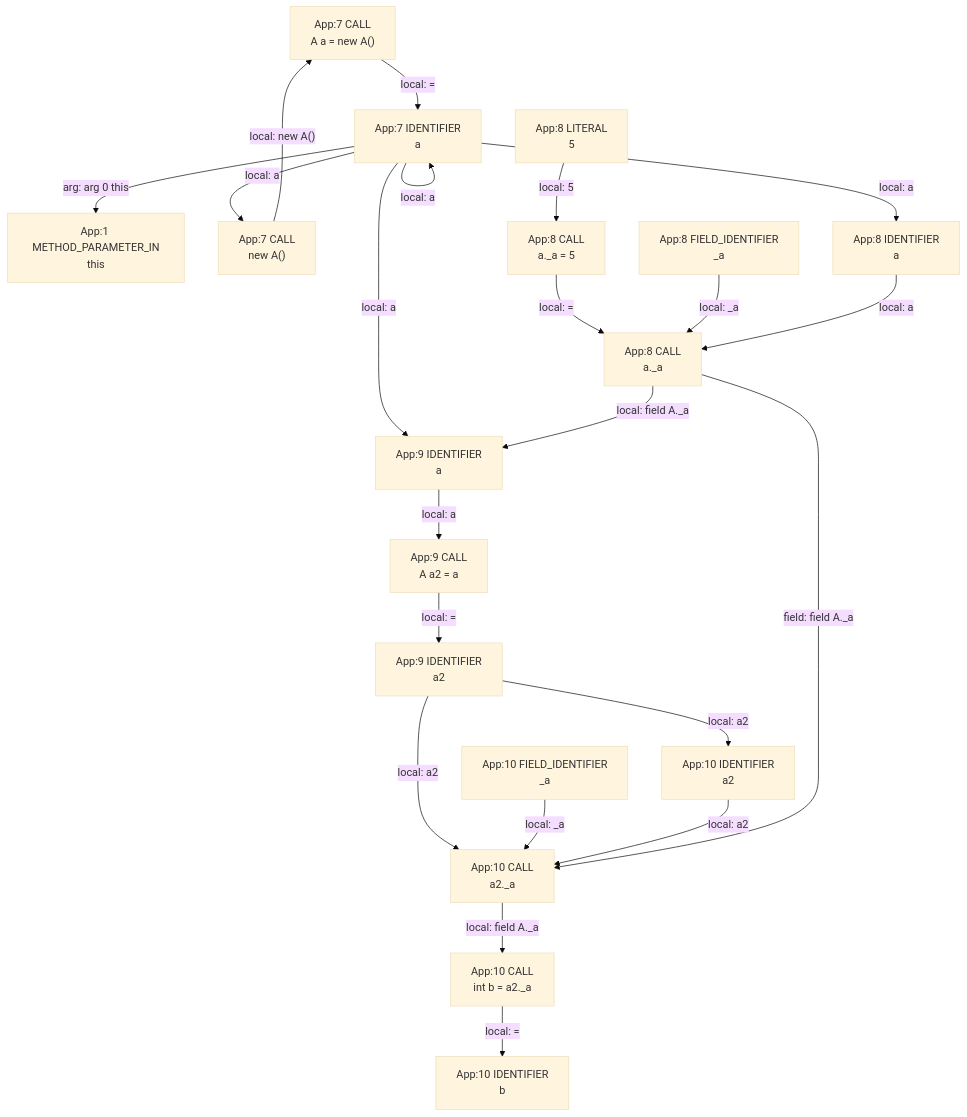
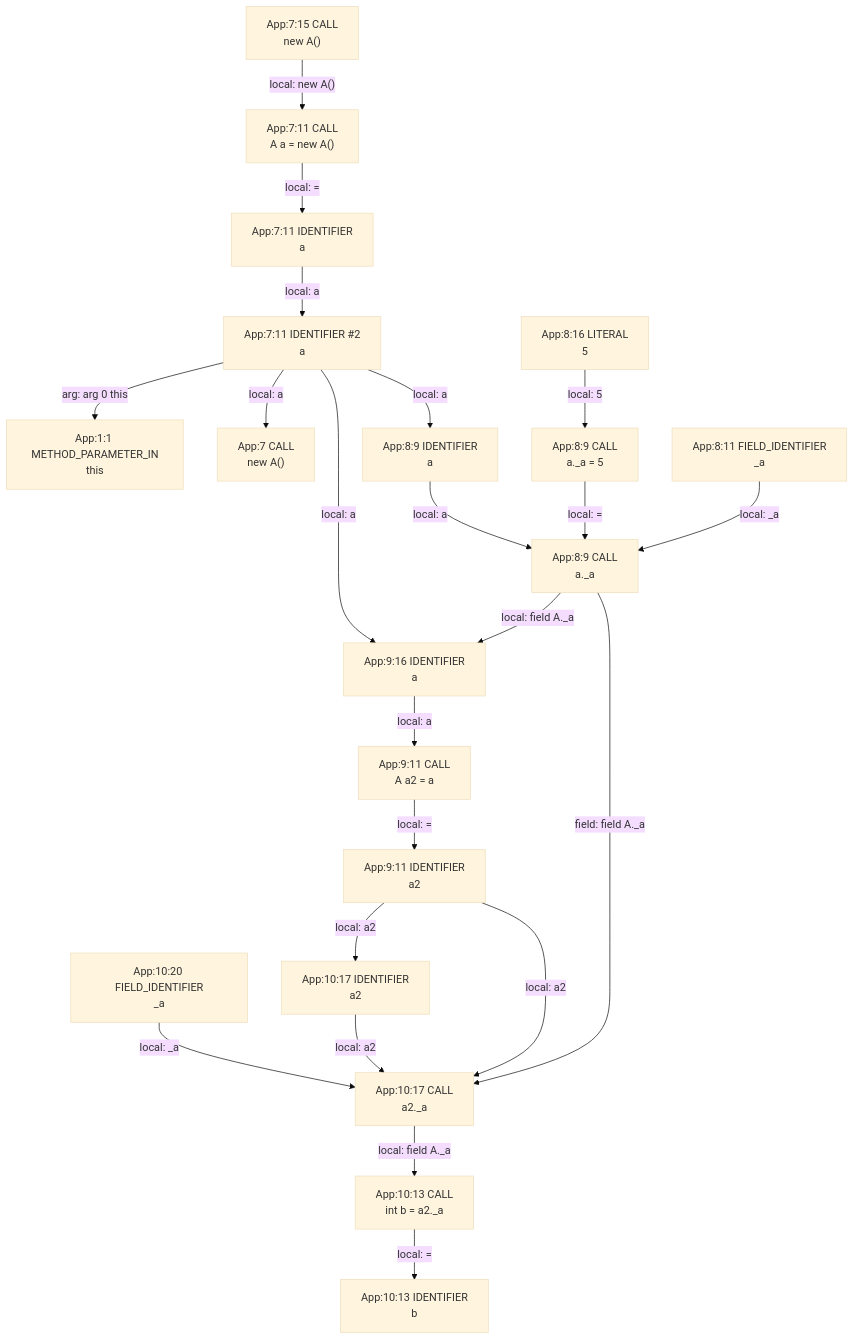
Before and after one commit to gstiebler/codeflow: the diagram in app/src/test/resources/ls/spike-truth.md, drawn with Mermaid (base theme). The commit also changed 154 other files, not shown here.

````diff
--- a/app/src/test/resources/ls/spike-truth.md
+++ b/app/src/test/resources/ls/spike-truth.md
@@ -3,41 +3,43 @@
 ```mermaid
 flowchart TD
-  n0["App:1 METHOD_PARAMETER_IN<br/>this"]
-  n1["App:10 CALL<br/>a2._a"]
-  n2["App:10 CALL<br/>int b = a2._a"]
-  n3["App:10 FIELD_IDENTIFIER<br/>_a"]
-  n4["App:10 IDENTIFIER<br/>a2"]
-  n5["App:10 IDENTIFIER<br/>b"]
-  n6["App:7 CALL<br/>A a = new A()"]
-  n7["App:7 CALL<br/>new A()"]
-  n8["App:7 IDENTIFIER<br/>a"]
-  n9["App:8 CALL<br/>a._a"]
-  n10["App:8 CALL<br/>a._a = 5"]
-  n11["App:8 FIELD_IDENTIFIER<br/>_a"]
-  n12["App:8 IDENTIFIER<br/>a"]
-  n13["App:8 LITERAL<br/>5"]
-  n14["App:9 CALL<br/>A a2 = a"]
-  n15["App:9 IDENTIFIER<br/>a"]
-  n16["App:9 IDENTIFIER<br/>a2"]
-  n1 -->|"local: field A._a"| n2
-  n10 -->|"local: ="| n9
-  n11 -->|"local: _a"| n9
-  n12 -->|"local: a"| n9
-  n13 -->|"local: 5"| n10
-  n14 -->|"local: ="| n16
-  n15 -->|"local: a"| n14
-  n16 -->|"local: a2"| n1
-  n16 -->|"local: a2"| n4
-  n2 -->|"local: ="| n5
-  n3 -->|"local: _a"| n1
-  n4 -->|"local: a2"| n1
-  n6 -->|"local: ="| n8
-  n7 -->|"local: new A()"| n6
-  n8 -->|"arg: arg 0 this"| n0
-  n8 -->|"local: a"| n12
+  n0["App:10:13 CALL<br/>int b = a2._a"]
+  n1["App:10:13 IDENTIFIER<br/>b"]
+  n2["App:10:17 CALL<br/>a2._a"]
+  n3["App:10:17 IDENTIFIER<br/>a2"]
+  n4["App:10:20 FIELD_IDENTIFIER<br/>_a"]
+  n5["App:1:1 METHOD_PARAMETER_IN<br/>this"]
+  n6["App:7 CALL<br/>new A()"]
+  n7["App:7:11 CALL<br/>A a = new A()"]
+  n8["App:7:11 IDENTIFIER #2<br/>a"]
+  n9["App:7:11 IDENTIFIER<br/>a"]
+  n10["App:7:15 CALL<br/>new A()"]
+  n11["App:8:11 FIELD_IDENTIFIER<br/>_a"]
+  n12["App:8:16 LITERAL<br/>5"]
+  n13["App:8:9 CALL<br/>a._a"]
+  n14["App:8:9 CALL<br/>a._a = 5"]
+  n15["App:8:9 IDENTIFIER<br/>a"]
+  n16["App:9:11 CALL<br/>A a2 = a"]
+  n17["App:9:11 IDENTIFIER<br/>a2"]
+  n18["App:9:16 IDENTIFIER<br/>a"]
+  n0 -->|"local: ="| n1
+  n10 -->|"local: new A()"| n7
+  n11 -->|"local: _a"| n13
+  n12 -->|"local: 5"| n14
+  n13 -->|"field: field A._a"| n2
+  n13 -->|"local: field A._a"| n18
+  n14 -->|"local: ="| n13
+  n15 -->|"local: a"| n13
+  n16 -->|"local: ="| n17
+  n17 -->|"local: a2"| n2
+  n17 -->|"local: a2"| n3
+  n18 -->|"local: a"| n16
+  n2 -->|"local: field A._a"| n0
+  n3 -->|"local: a2"| n2
+  n4 -->|"local: _a"| n2
+  n7 -->|"local: ="| n9
+  n8 -->|"arg: arg 0 this"| n5
   n8 -->|"local: a"| n15
-  n8 -->|"local: a"| n7
-  n8 -->|"local: a"| n8
-  n9 -->|"field: field A._a"| n1
-  n9 -->|"local: field A._a"| n15
+  n8 -->|"local: a"| n18
+  n8 -->|"local: a"| n6
+  n9 -->|"local: a"| n8
 ```
````
